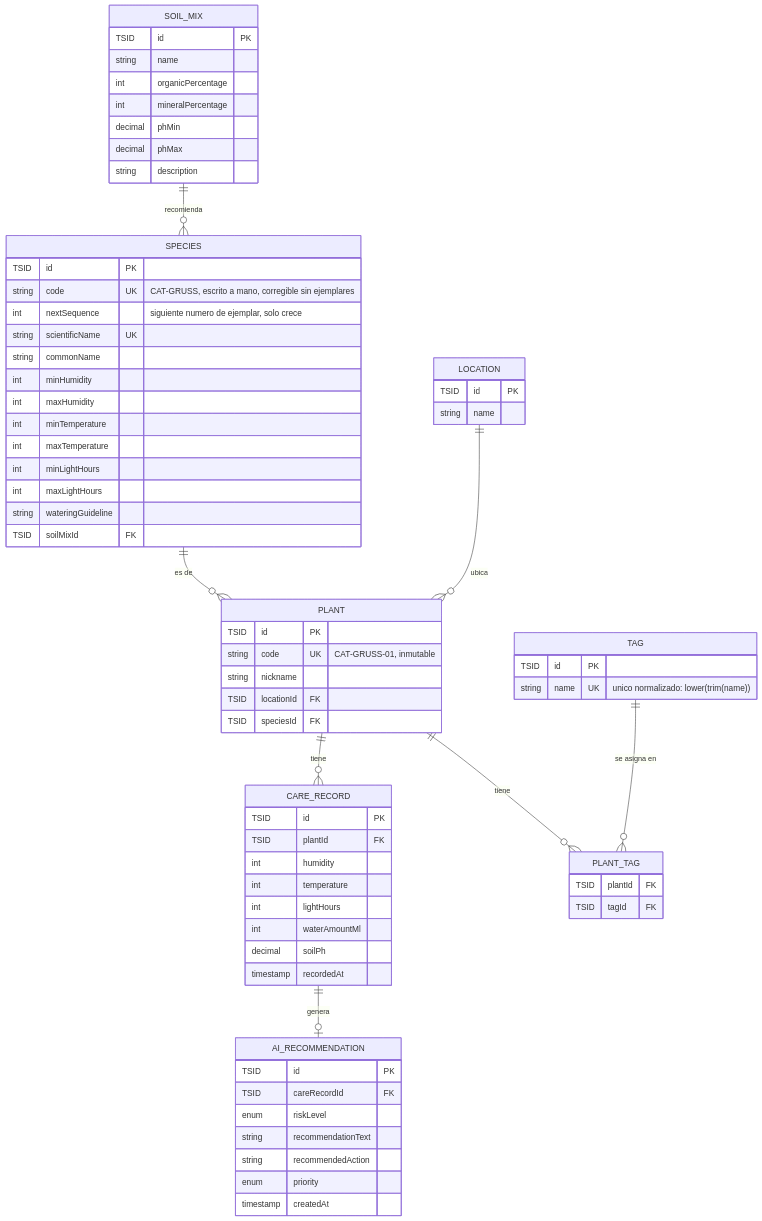
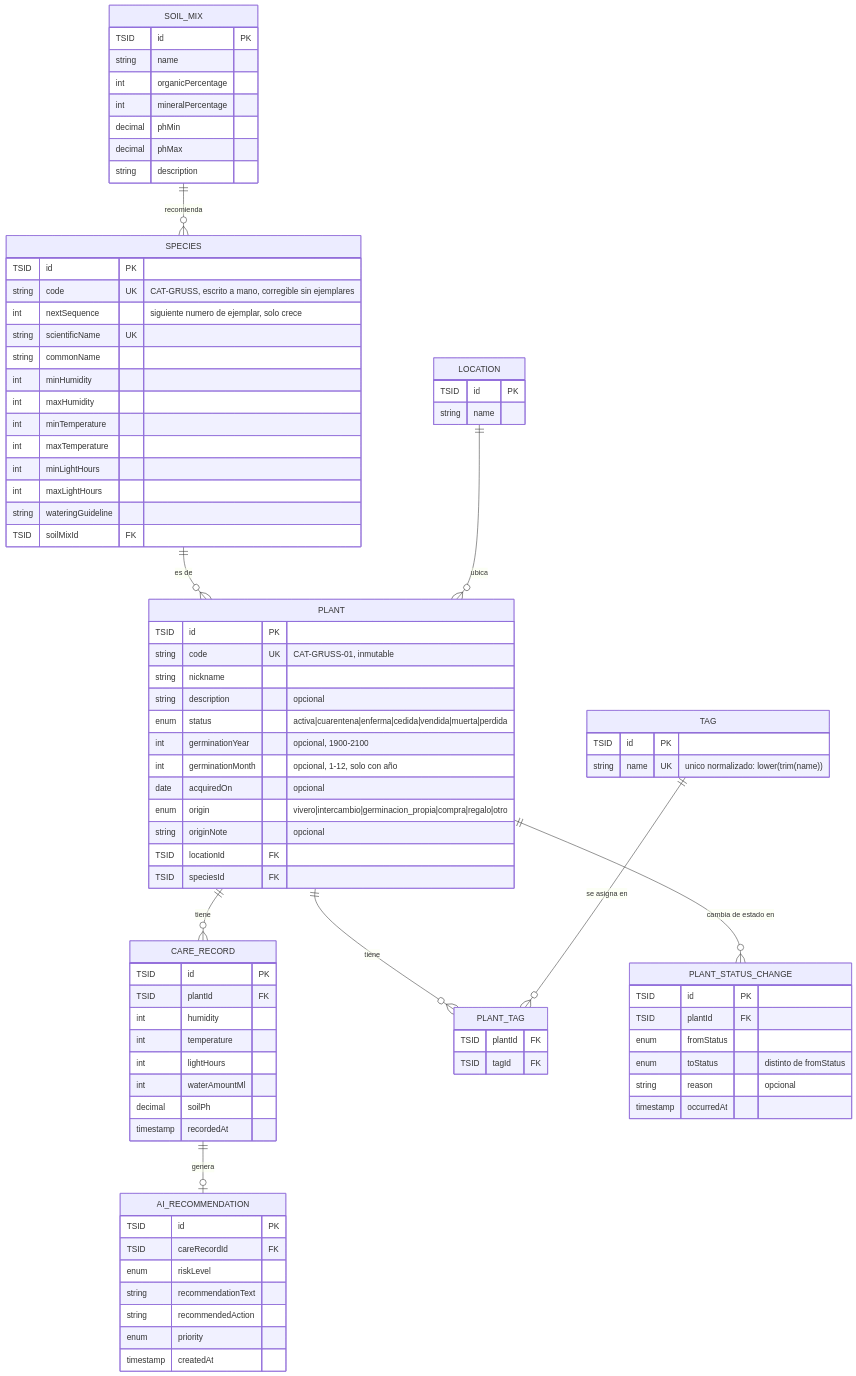
Before and after one commit to dnavarro-bj/AI4Devs-finalproject: the diagram in docs/diagramas/modelo-datos-actual.md, drawn with Mermaid. The commit also changed other lines of this file and 63 other files, not shown here.

First line of the commit message:
feat(plantas): ficha ampliada y estado del ejemplar con su historial (T-16)

```diff
--- a/docs/diagramas/modelo-datos-actual.md
+++ b/docs/diagramas/modelo-datos-actual.md
@@ -14,6 +14,7 @@
     PLANT ||--o{ CARE_RECORD : "tiene"
     CARE_RECORD ||--o| AI_RECOMMENDATION : "genera"
     PLANT ||--o{ PLANT_TAG : "tiene"
+    PLANT ||--o{ PLANT_STATUS_CHANGE : "cambia de estado en"
     TAG ||--o{ PLANT_TAG : "se asigna en"
 
     SOIL_MIX {
@@ -51,8 +52,24 @@
         TSID id PK
         string code UK "CAT-GRUSS-01, inmutable"
         string nickname
+        string description "opcional"
+        enum status "activa|cuarentena|enferma|cedida|vendida|muerta|perdida"
+        int germinationYear "opcional, 1900-2100"
+        int germinationMonth "opcional, 1-12, solo con año"
+        date acquiredOn "opcional"
+        enum origin "vivero|intercambio|germinacion_propia|compra|regalo|otro"
+        string originNote "opcional"
         TSID locationId FK
         TSID speciesId FK
+    }
+
+    PLANT_STATUS_CHANGE {
+        TSID id PK
+        TSID plantId FK
+        enum fromStatus
+        enum toStatus "distinto de fromStatus"
+        string reason "opcional"
+        timestamp occurredAt
     }
 
     TAG {
```
